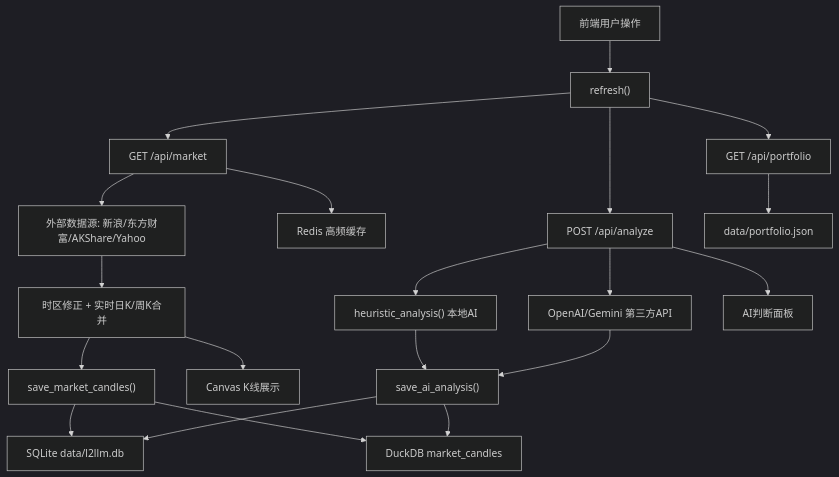
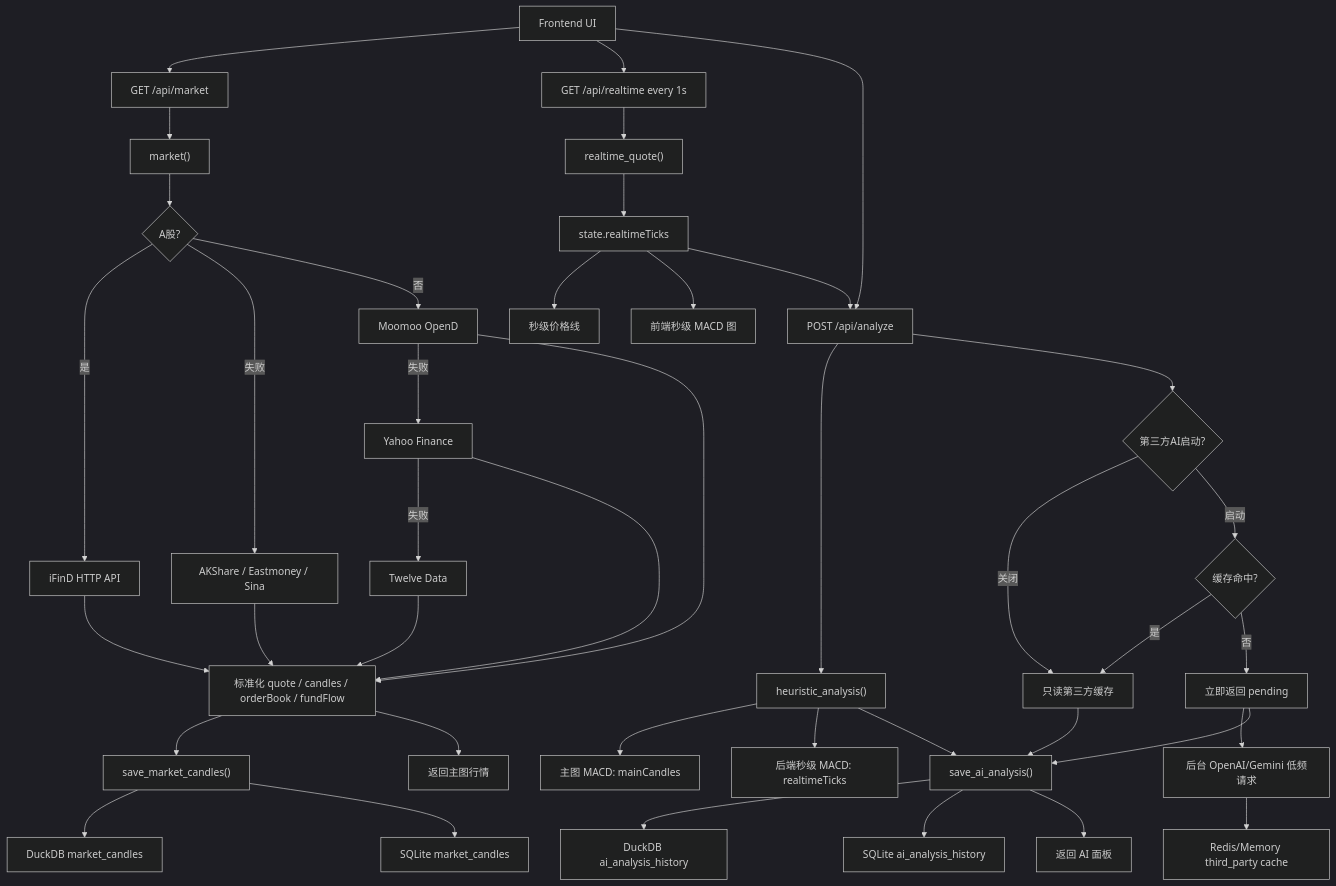
Before and after one commit to xrcloudnet/L2LLM: the first of 6 diagrams in docs/project_functions_uml.md, drawn with Mermaid (dark theme). The commit also changed other lines of this file and 26 other files, not shown here.

````diff
--- a/docs/project_functions_uml.md
+++ b/docs/project_functions_uml.md
@@ -247,22 +334,49 @@
 ```mermaid
 flowchart TD
-  User["前端用户操作"] --> Refresh["refresh()"]
-  Refresh --> MarketAPI["GET /api/market"]
-  MarketAPI --> External["外部数据源: 新浪/东方财富/AKShare/Yahoo"]
-  External --> Merge["时区修正 + 实时日K/周K合并"]
-  Merge --> SaveCandles["save_market_candles()"]
-  SaveCandles --> SQLite["SQLite data/l2llm.db"]
+  UI["Frontend UI"] --> MarketReq["GET /api/market"]
+  UI --> RealtimeReq["GET /api/realtime every 1s"]
+  UI --> AnalyzeReq["POST /api/analyze"]
+
+  MarketReq --> MarketAPI["market()"]
+  MarketAPI --> CN{"A股?"}
+  CN -->|是| IFIND["iFinD HTTP API"]
+  CN -->|失败| CNFallback["AKShare / Eastmoney / Sina"]
+  CN -->|否| Moomoo["Moomoo OpenD"]
+  Moomoo -->|失败| Yahoo["Yahoo Finance"]
+  Yahoo -->|失败| Twelve["Twelve Data"]
+
+  IFIND --> Normalize["标准化 quote / candles / orderBook / fundFlow"]
+  CNFallback --> Normalize
+  Moomoo --> Normalize
+  Yahoo --> Normalize
+  Twelve --> Normalize
+
+  Normalize --> SaveCandles["save_market_candles()"]
   SaveCandles --> DuckDB["DuckDB market_candles"]
-  MarketAPI --> Redis["Redis 高频缓存"]
-  Merge --> FrontendChart["Canvas K线展示"]
-  Refresh --> AnalyzeAPI["POST /api/analyze"]
-  AnalyzeAPI --> LocalAI["heuristic_analysis() 本地AI"]
-  AnalyzeAPI --> ThirdAI["OpenAI/Gemini 第三方API"]
+  SaveCandles --> SQLite["SQLite market_candles"]
+  Normalize --> MarketResp["返回主图行情"]
+
+  RealtimeReq --> RealtimeAPI["realtime_quote()"]
+  RealtimeAPI --> TickBuffer["state.realtimeTicks"]
+  TickBuffer --> SecondLine["秒级价格线"]
+  TickBuffer --> SecondsMACD["前端秒级 MACD 图"]
+  TickBuffer --> AnalyzeReq
+
+  AnalyzeReq --> LocalAI["heuristic_analysis()"]
+  LocalAI --> MainMACD["主图 MACD: mainCandles"]
+  LocalAI --> ServerSecondsMACD["后端秒级 MACD: realtimeTicks"]
+  AnalyzeReq --> Switch{"第三方AI启动?"}
+  Switch -->|关闭| ReadAI["只读第三方缓存"]
+  Switch -->|启动| CacheAI{"缓存命中?"}
+  CacheAI -->|是| ReadAI
+  CacheAI -->|否| Pending["立即返回 pending"]
+  Pending --> BgAI["后台 OpenAI/Gemini 低频请求"]
+  BgAI --> AICache["Redis/Memory third_party cache"]
+
   LocalAI --> SaveAI["save_ai_analysis()"]
-  ThirdAI --> SaveAI
-  SaveAI --> SQLite
-  SaveAI --> DuckDB
-  AnalyzeAPI --> FrontendAI["AI判断面板"]
-  Refresh --> PortfolioAPI["GET /api/portfolio"]
-  PortfolioAPI --> PortfolioJson["data/portfolio.json"]
+  ReadAI --> SaveAI
+  Pending --> SaveAI
+  SaveAI --> DuckAI["DuckDB ai_analysis_history"]
+  SaveAI --> SqlAI["SQLite ai_analysis_history"]
+  SaveAI --> AIResp["返回 AI 面板"]
 ```
````
